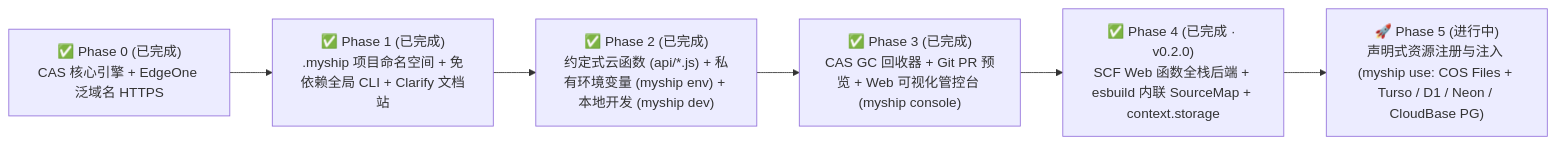
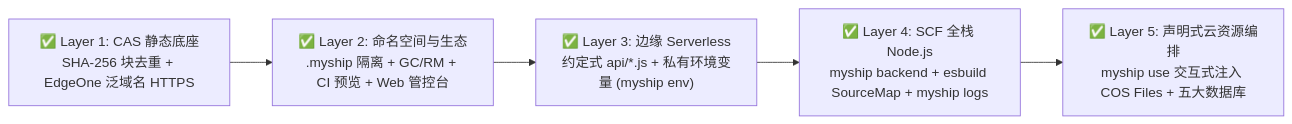
Before and after one commit to huxy2023/myship: the diagram in docs/04-roadmap.md, drawn with Mermaid. The commit also changed other lines of this file and 30 other files, not shown here.

````diff
--- a/docs/04-roadmap.md
+++ b/docs/04-roadmap.md
@@ -23,8 +25,7 @@
 ```mermaid
 flowchart LR
-    P0["✅ Phase 0 (已完成)<br/>CAS 核心引擎 + EdgeOne 泛域名 HTTPS"] --> P1["✅ Phase 1 (已完成)<br/>.myship 项目命名空间 + 免依赖全局 CLI + Clarify 文档站"]
-    P1 --> P2["✅ Phase 2 (已完成)<br/>约定式云函数 (api/*.js) + 私有环境变量 (myship env) + 本地开发 (myship dev)"]
-    P2 --> P3["✅ Phase 3 (已完成)<br/>CAS GC 回收器 + Git PR 预览 + Web 可视化管控台 (myship console)"]
-    P3 --> P4["✅ Phase 4 (已完成 · v0.2.0)<br/>SCF Web 函数全栈后端 + esbuild 内联 SourceMap + context.storage"]
-    P4 --> P5["🚀 Phase 5 (进行中)<br/>声明式资源注册与注入 (myship use: COS Files + Turso / D1 / Neon / CloudBase PG)"]
+    P0["✅ Layer 1: CAS 静态底座<br/>SHA-256 块去重 + EdgeOne 泛域名 HTTPS"] --> P1["✅ Layer 2: 命名空间与生态<br/>.myship 隔离 + GC/RM + CI 预览 + Web 管控台"]
+    P1 --> P2["✅ Layer 3: 边缘 Serverless<br/>约定式 api/*.js + 私有环境变量 (myship env)"]
+    P2 --> P3["✅ Layer 4: SCF 全栈 Node.js<br/>myship backend + esbuild SourceMap + myship logs"]
+    P3 --> P4["✅ Layer 5: 声明式云资源编排<br/>myship use 交互式注入 COS Files + 五大数据库"]
 ```
````
